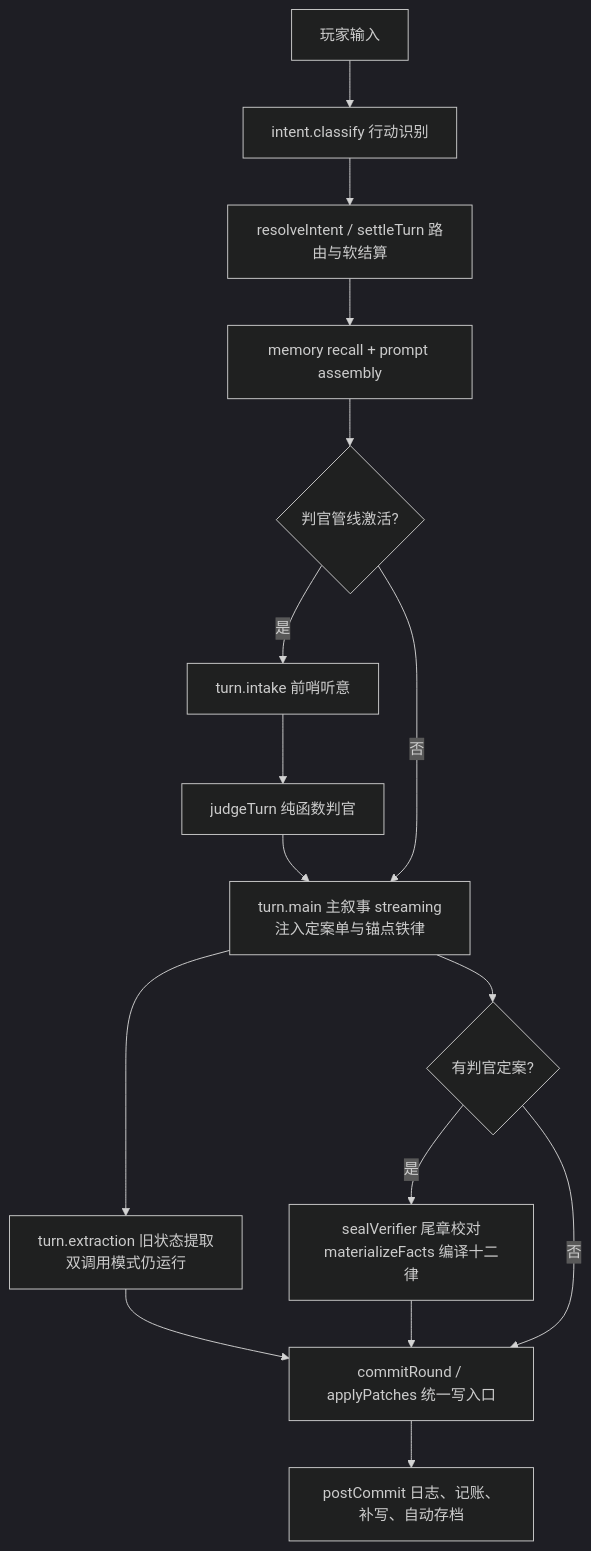
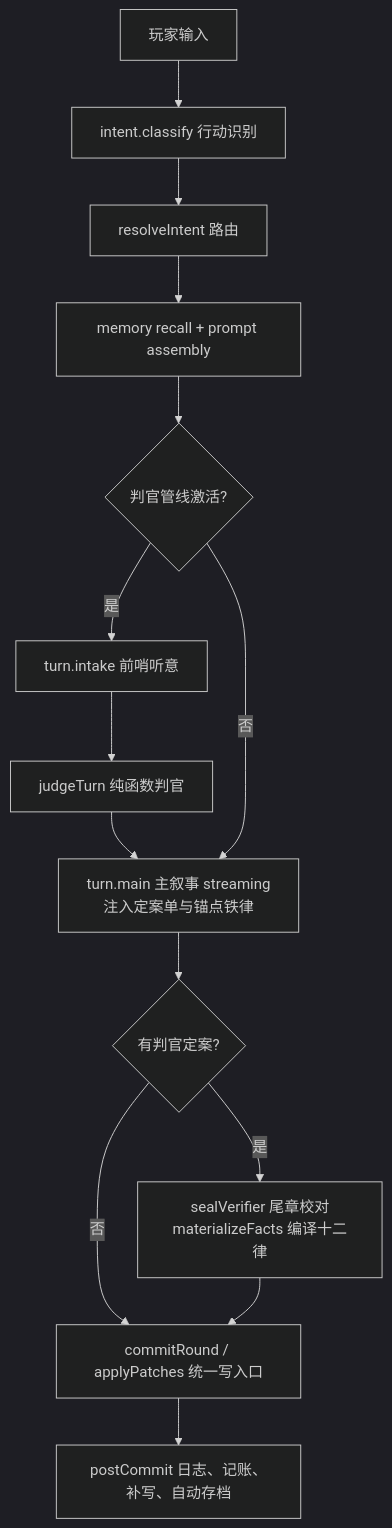
Before and after one commit to feihu-lgtm/qucuo: the first of 2 diagrams in docs/AI调用链架构说明.md, drawn with Mermaid (dark theme). The commit also changed other lines of this file and 36 other files, not shown here.

````diff
--- a/docs/AI调用链架构说明.md
+++ b/docs/AI调用链架构说明.md
@@ -18,18 +18,16 @@
 ```mermaid
 flowchart TD
   A[玩家输入] --> B[intent.classify 行动识别]
-  B --> C[resolveIntent / settleTurn 路由与软结算]
+  B --> C[resolveIntent 路由]
   C --> D[memory recall + prompt assembly]
   D --> Q{判官管线激活?}
   Q -- 是 --> I[turn.intake 前哨听意]
   I --> J[judgeTurn 纯函数判官]
   J --> E[turn.main 主叙事 streaming<br/>注入定案单与锚点铁律]
   Q -- 否 --> E
-  E --> F[turn.extraction 旧状态提取<br/>双调用模式仍运行]
   E --> V{有判官定案?}
   V -- 是 --> S[sealVerifier 尾章校对<br/>materializeFacts 编译十二律]
   V -- 否 --> G
-  F --> G[commitRound / applyPatches 统一写入口]
-  S --> G
+  S --> G[commitRound / applyPatches 统一写入口]
   G --> H[postCommit 日志、记账、补写、自动存档]
 ```
````
